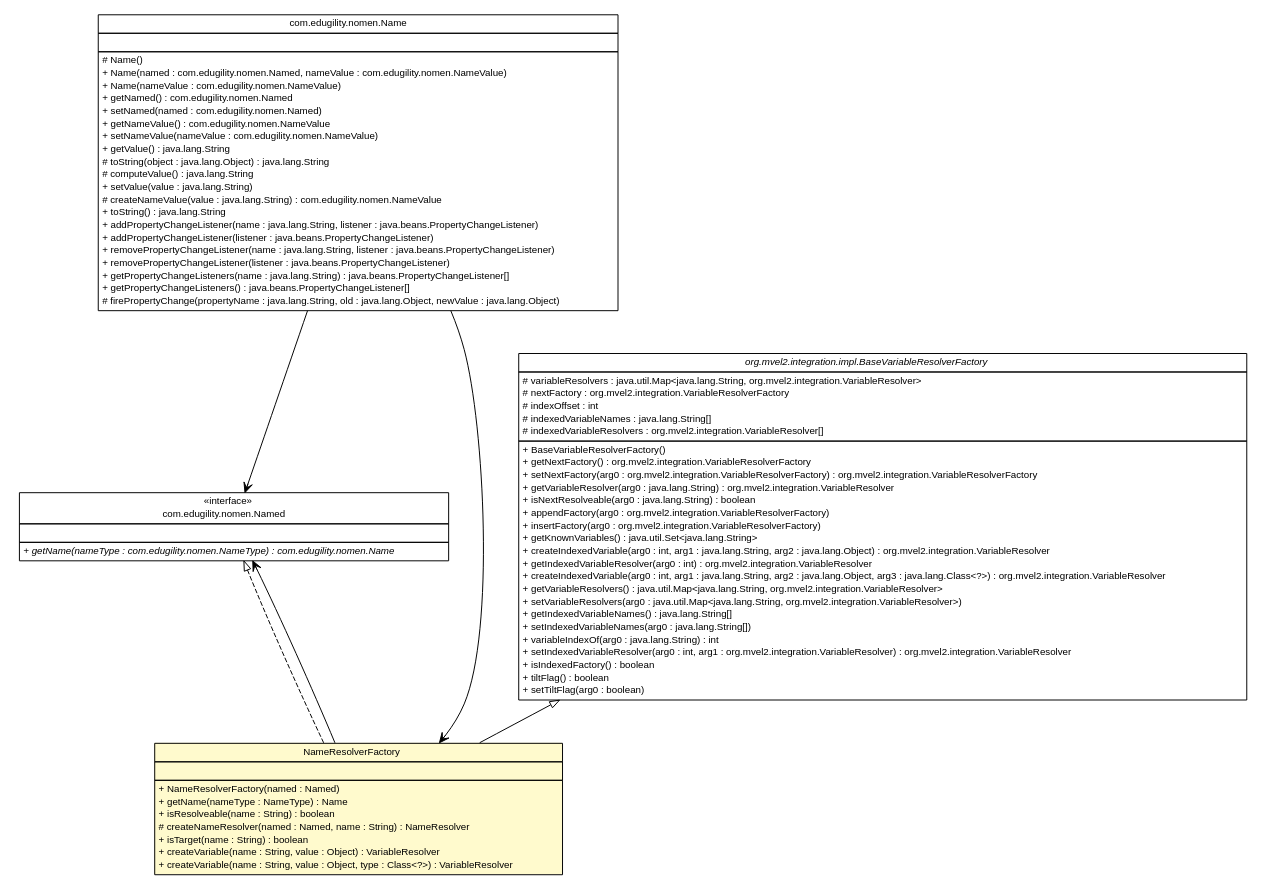
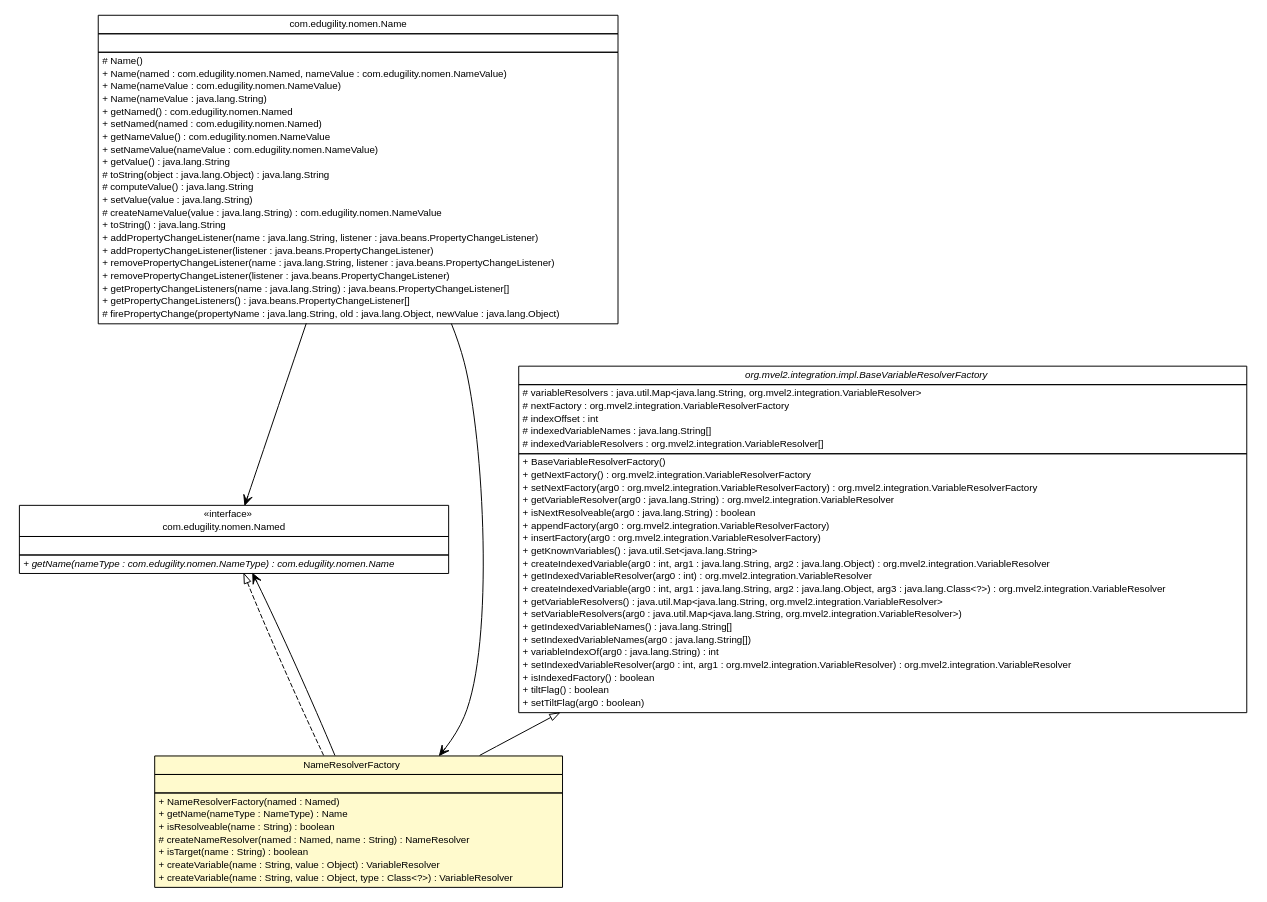
The diagram in apidocs/com/edugility/nomen/mvel/NameResolverFactory.dot (ljnelson/nomen), drawn with Graphviz before and after one commit. The commit also changed 155 other files, not shown here.

```diff
--- a/apidocs/com/edugility/nomen/mvel/NameResolverFactory.dot
+++ b/apidocs/com/edugility/nomen/mvel/NameResolverFactory.dot
@@ -1,119 +1,120 @@
 #!/usr/local/bin/dot
 #
 # Class diagram 
 # Generated by UMLGraph version R5_6-24-gf6e263 (http://www.umlgraph.org/)
 #
 
 digraph G {
 	edge [fontname="Helvetica",fontsize=10,labelfontname="Helvetica",labelfontsize=10];
 	node [fontname="Helvetica",fontsize=10,shape=plaintext];
 	nodesep=0.25;
 	ranksep=0.5;
 	// com.edugility.nomen.Named
-	c77 [label=<<table title="com.edugility.nomen.Named" border="0" cellborder="1" cellspacing="0" cellpadding="2" port="p" href="../Named.html">
+	c126 [label=<<table title="com.edugility.nomen.Named" border="0" cellborder="1" cellspacing="0" cellpadding="2" port="p" href="../Named.html">
 		<tr><td><table border="0" cellspacing="0" cellpadding="1">
 <tr><td align="center" balign="center"> &#171;interface&#187; </td></tr>
 <tr><td align="center" balign="center"> com.edugility.nomen.Named </td></tr>
 		</table></td></tr>
 		<tr><td><table border="0" cellspacing="0" cellpadding="1">
 <tr><td align="left" balign="left">  </td></tr>
 		</table></td></tr>
 		<tr><td><table border="0" cellspacing="0" cellpadding="1">
 <tr><td align="left" balign="left"><font face="Helvetica-Oblique" point-size="10.0"> + getName(nameType : com.edugility.nomen.NameType) : com.edugility.nomen.Name </font></td></tr>
 		</table></td></tr>
 		</table>>, URL="../Named.html", fontname="Helvetica", fontcolor="black", fontsize=10.0];
 	// com.edugility.nomen.Name
-	c78 [label=<<table title="com.edugility.nomen.Name" border="0" cellborder="1" cellspacing="0" cellpadding="2" port="p" href="../Name.html">
+	c127 [label=<<table title="com.edugility.nomen.Name" border="0" cellborder="1" cellspacing="0" cellpadding="2" port="p" href="../Name.html">
 		<tr><td><table border="0" cellspacing="0" cellpadding="1">
 <tr><td align="center" balign="center"> com.edugility.nomen.Name </td></tr>
 		</table></td></tr>
 		<tr><td><table border="0" cellspacing="0" cellpadding="1">
 <tr><td align="left" balign="left">  </td></tr>
 		</table></td></tr>
 		<tr><td><table border="0" cellspacing="0" cellpadding="1">
 <tr><td align="left" balign="left"> # Name() </td></tr>
 <tr><td align="left" balign="left"> + Name(named : com.edugility.nomen.Named, nameValue : com.edugility.nomen.NameValue) </td></tr>
 <tr><td align="left" balign="left"> + Name(nameValue : com.edugility.nomen.NameValue) </td></tr>
+<tr><td align="left" balign="left"> + Name(nameValue : java.lang.String) </td></tr>
 <tr><td align="left" balign="left"> + getNamed() : com.edugility.nomen.Named </td></tr>
 <tr><td align="left" balign="left"> + setNamed(named : com.edugility.nomen.Named) </td></tr>
 <tr><td align="left" balign="left"> + getNameValue() : com.edugility.nomen.NameValue </td></tr>
 <tr><td align="left" balign="left"> + setNameValue(nameValue : com.edugility.nomen.NameValue) </td></tr>
 <tr><td align="left" balign="left"> + getValue() : java.lang.String </td></tr>
 <tr><td align="left" balign="left"> # toString(object : java.lang.Object) : java.lang.String </td></tr>
 <tr><td align="left" balign="left"> # computeValue() : java.lang.String </td></tr>
 <tr><td align="left" balign="left"> + setValue(value : java.lang.String) </td></tr>
 <tr><td align="left" balign="left"> # createNameValue(value : java.lang.String) : com.edugility.nomen.NameValue </td></tr>
 <tr><td align="left" balign="left"> + toString() : java.lang.String </td></tr>
 <tr><td align="left" balign="left"> + addPropertyChangeListener(name : java.lang.String, listener : java.beans.PropertyChangeListener) </td></tr>
 <tr><td align="left" balign="left"> + addPropertyChangeListener(listener : java.beans.PropertyChangeListener) </td></tr>
 <tr><td align="left" balign="left"> + removePropertyChangeListener(name : java.lang.String, listener : java.beans.PropertyChangeListener) </td></tr>
 <tr><td align="left" balign="left"> + removePropertyChangeListener(listener : java.beans.PropertyChangeListener) </td></tr>
 <tr><td align="left" balign="left"> + getPropertyChangeListeners(name : java.lang.String) : java.beans.PropertyChangeListener[] </td></tr>
 <tr><td align="left" balign="left"> + getPropertyChangeListeners() : java.beans.PropertyChangeListener[] </td></tr>
 <tr><td align="left" balign="left"> # firePropertyChange(propertyName : java.lang.String, old : java.lang.Object, newValue : java.lang.Object) </td></tr>
 		</table></td></tr>
 		</table>>, URL="../Name.html", fontname="Helvetica", fontcolor="black", fontsize=10.0];
 	// com.edugility.nomen.mvel.NameResolverFactory
-	c81 [label=<<table title="com.edugility.nomen.mvel.NameResolverFactory" border="0" cellborder="1" cellspacing="0" cellpadding="2" port="p" bgcolor="lemonChiffon" href="./NameResolverFactory.html">
+	c131 [label=<<table title="com.edugility.nomen.mvel.NameResolverFactory" border="0" cellborder="1" cellspacing="0" cellpadding="2" port="p" bgcolor="lemonChiffon" href="./NameResolverFactory.html">
 		<tr><td><table border="0" cellspacing="0" cellpadding="1">
 <tr><td align="center" balign="center"> NameResolverFactory </td></tr>
 		</table></td></tr>
 		<tr><td><table border="0" cellspacing="0" cellpadding="1">
 <tr><td align="left" balign="left">  </td></tr>
 		</table></td></tr>
 		<tr><td><table border="0" cellspacing="0" cellpadding="1">
 <tr><td align="left" balign="left"> + NameResolverFactory(named : Named) </td></tr>
 <tr><td align="left" balign="left"> + getName(nameType : NameType) : Name </td></tr>
 <tr><td align="left" balign="left"> + isResolveable(name : String) : boolean </td></tr>
 <tr><td align="left" balign="left"> # createNameResolver(named : Named, name : String) : NameResolver </td></tr>
 <tr><td align="left" balign="left"> + isTarget(name : String) : boolean </td></tr>
 <tr><td align="left" balign="left"> + createVariable(name : String, value : Object) : VariableResolver </td></tr>
 <tr><td align="left" balign="left"> + createVariable(name : String, value : Object, type : Class&lt;?&gt;) : VariableResolver </td></tr>
 		</table></td></tr>
 		</table>>, URL="./NameResolverFactory.html", fontname="Helvetica", fontcolor="black", fontsize=10.0];
 	//com.edugility.nomen.mvel.NameResolverFactory extends org.mvel2.integration.impl.BaseVariableResolverFactory
-	c83:p -> c81:p [dir=back,arrowtail=empty];
+	c133:p -> c131:p [dir=back,arrowtail=empty];
 	//com.edugility.nomen.mvel.NameResolverFactory implements com.edugility.nomen.Named
-	c77:p -> c81:p [dir=back,arrowtail=empty,style=dashed];
+	c126:p -> c131:p [dir=back,arrowtail=empty,style=dashed];
 	// com.edugility.nomen.Name NAVASSOC com.edugility.nomen.Named
-	c78:p -> c77:p [taillabel="", label="", headlabel="", fontname="Helvetica", fontcolor="black", fontsize=10.0, color="black", arrowhead=open];
+	c127:p -> c126:p [taillabel="", label="", headlabel="", fontname="Helvetica", fontcolor="black", fontsize=10.0, color="black", arrowhead=open];
 	// com.edugility.nomen.Name NAVASSOC com.edugility.nomen.mvel.NameResolverFactory
-	c78:p -> c81:p [taillabel="", label="", headlabel="", fontname="Helvetica", fontcolor="black", fontsize=10.0, color="black", arrowhead=open];
+	c127:p -> c131:p [taillabel="", label="", headlabel="", fontname="Helvetica", fontcolor="black", fontsize=10.0, color="black", arrowhead=open];
 	// com.edugility.nomen.mvel.NameResolverFactory NAVASSOC com.edugility.nomen.Named
-	c81:p -> c77:p [taillabel="", label="", headlabel="", fontname="Helvetica", fontcolor="black", fontsize=10.0, color="black", arrowhead=open];
+	c131:p -> c126:p [taillabel="", label="", headlabel="", fontname="Helvetica", fontcolor="black", fontsize=10.0, color="black", arrowhead=open];
 	// org.mvel2.integration.impl.BaseVariableResolverFactory
-	c83 [label=<<table title="org.mvel2.integration.impl.BaseVariableResolverFactory" border="0" cellborder="1" cellspacing="0" cellpadding="2" port="p" href="http://mvel.codehaus.org/javadoc/2.0/org/mvel2/integration/impl/BaseVariableResolverFactory.html">
+	c133 [label=<<table title="org.mvel2.integration.impl.BaseVariableResolverFactory" border="0" cellborder="1" cellspacing="0" cellpadding="2" port="p" href="http://java.sun.com/j2se/1.4.2/docs/api/org/mvel2/integration/impl/BaseVariableResolverFactory.html">
 		<tr><td><table border="0" cellspacing="0" cellpadding="1">
 <tr><td align="center" balign="center"><font face="Helvetica-Oblique"> org.mvel2.integration.impl.BaseVariableResolverFactory </font></td></tr>
 		</table></td></tr>
 		<tr><td><table border="0" cellspacing="0" cellpadding="1">
 <tr><td align="left" balign="left"> # variableResolvers : java.util.Map&lt;java.lang.String, org.mvel2.integration.VariableResolver&gt; </td></tr>
 <tr><td align="left" balign="left"> # nextFactory : org.mvel2.integration.VariableResolverFactory </td></tr>
 <tr><td align="left" balign="left"> # indexOffset : int </td></tr>
 <tr><td align="left" balign="left"> # indexedVariableNames : java.lang.String[] </td></tr>
 <tr><td align="left" balign="left"> # indexedVariableResolvers : org.mvel2.integration.VariableResolver[] </td></tr>
 		</table></td></tr>
 		<tr><td><table border="0" cellspacing="0" cellpadding="1">
 <tr><td align="left" balign="left"> + BaseVariableResolverFactory() </td></tr>
 <tr><td align="left" balign="left"> + getNextFactory() : org.mvel2.integration.VariableResolverFactory </td></tr>
 <tr><td align="left" balign="left"> + setNextFactory(arg0 : org.mvel2.integration.VariableResolverFactory) : org.mvel2.integration.VariableResolverFactory </td></tr>
 <tr><td align="left" balign="left"> + getVariableResolver(arg0 : java.lang.String) : org.mvel2.integration.VariableResolver </td></tr>
 <tr><td align="left" balign="left"> + isNextResolveable(arg0 : java.lang.String) : boolean </td></tr>
 <tr><td align="left" balign="left"> + appendFactory(arg0 : org.mvel2.integration.VariableResolverFactory) </td></tr>
 <tr><td align="left" balign="left"> + insertFactory(arg0 : org.mvel2.integration.VariableResolverFactory) </td></tr>
 <tr><td align="left" balign="left"> + getKnownVariables() : java.util.Set&lt;java.lang.String&gt; </td></tr>
 <tr><td align="left" balign="left"> + createIndexedVariable(arg0 : int, arg1 : java.lang.String, arg2 : java.lang.Object) : org.mvel2.integration.VariableResolver </td></tr>
 <tr><td align="left" balign="left"> + getIndexedVariableResolver(arg0 : int) : org.mvel2.integration.VariableResolver </td></tr>
 <tr><td align="left" balign="left"> + createIndexedVariable(arg0 : int, arg1 : java.lang.String, arg2 : java.lang.Object, arg3 : java.lang.Class&lt;?&gt;) : org.mvel2.integration.VariableResolver </td></tr>
 <tr><td align="left" balign="left"> + getVariableResolvers() : java.util.Map&lt;java.lang.String, org.mvel2.integration.VariableResolver&gt; </td></tr>
 <tr><td align="left" balign="left"> + setVariableResolvers(arg0 : java.util.Map&lt;java.lang.String, org.mvel2.integration.VariableResolver&gt;) </td></tr>
 <tr><td align="left" balign="left"> + getIndexedVariableNames() : java.lang.String[] </td></tr>
 <tr><td align="left" balign="left"> + setIndexedVariableNames(arg0 : java.lang.String[]) </td></tr>
 <tr><td align="left" balign="left"> + variableIndexOf(arg0 : java.lang.String) : int </td></tr>
 <tr><td align="left" balign="left"> + setIndexedVariableResolver(arg0 : int, arg1 : org.mvel2.integration.VariableResolver) : org.mvel2.integration.VariableResolver </td></tr>
 <tr><td align="left" balign="left"> + isIndexedFactory() : boolean </td></tr>
 <tr><td align="left" balign="left"> + tiltFlag() : boolean </td></tr>
 <tr><td align="left" balign="left"> + setTiltFlag(arg0 : boolean) </td></tr>
 		</table></td></tr>
-		</table>>, URL="http://mvel.codehaus.org/javadoc/2.0/org/mvel2/integration/impl/BaseVariableResolverFactory.html", fontname="Helvetica", fontcolor="black", fontsize=10.0];
+		</table>>, URL="http://java.sun.com/j2se/1.4.2/docs/api/org/mvel2/integration/impl/BaseVariableResolverFactory.html", fontname="Helvetica", fontcolor="black", fontsize=10.0];
 }
```
